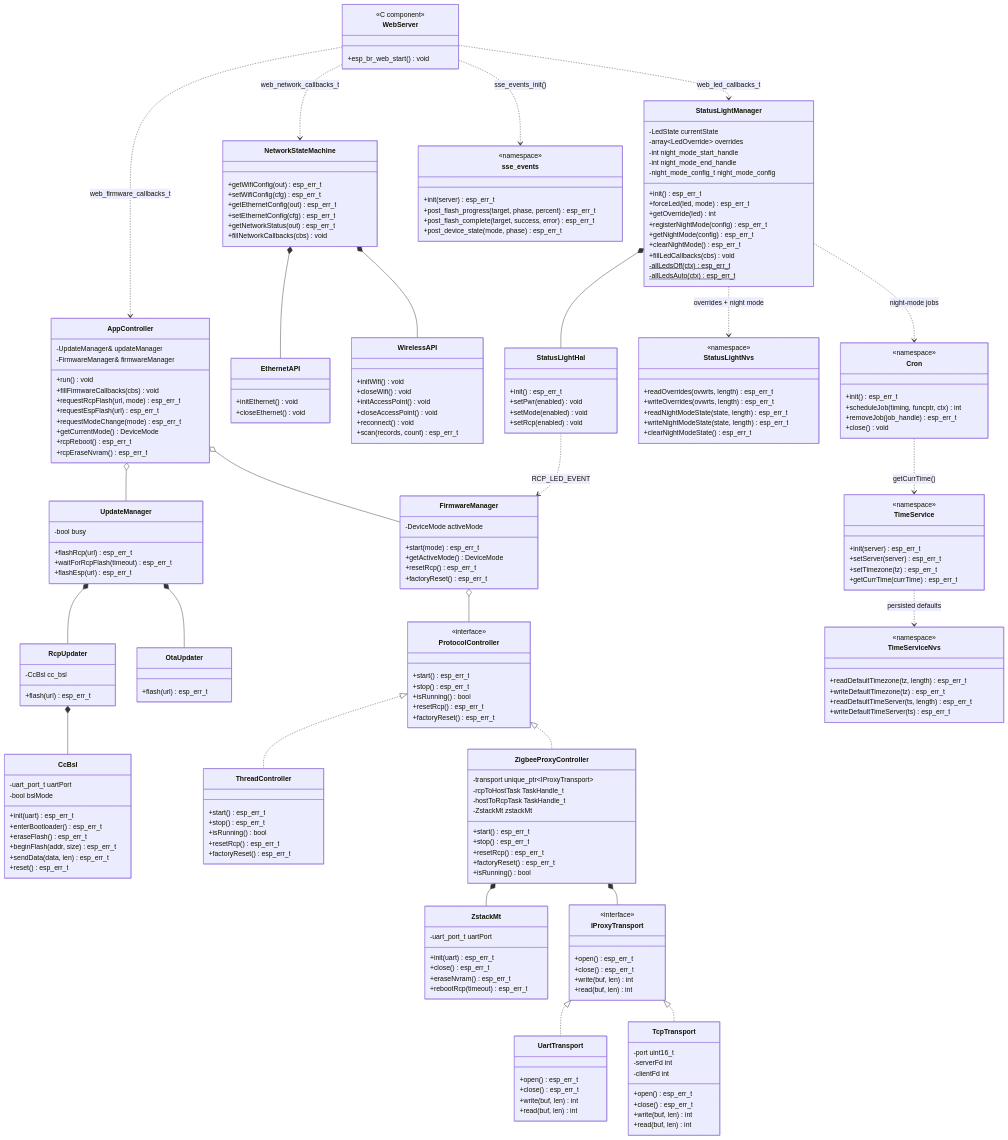
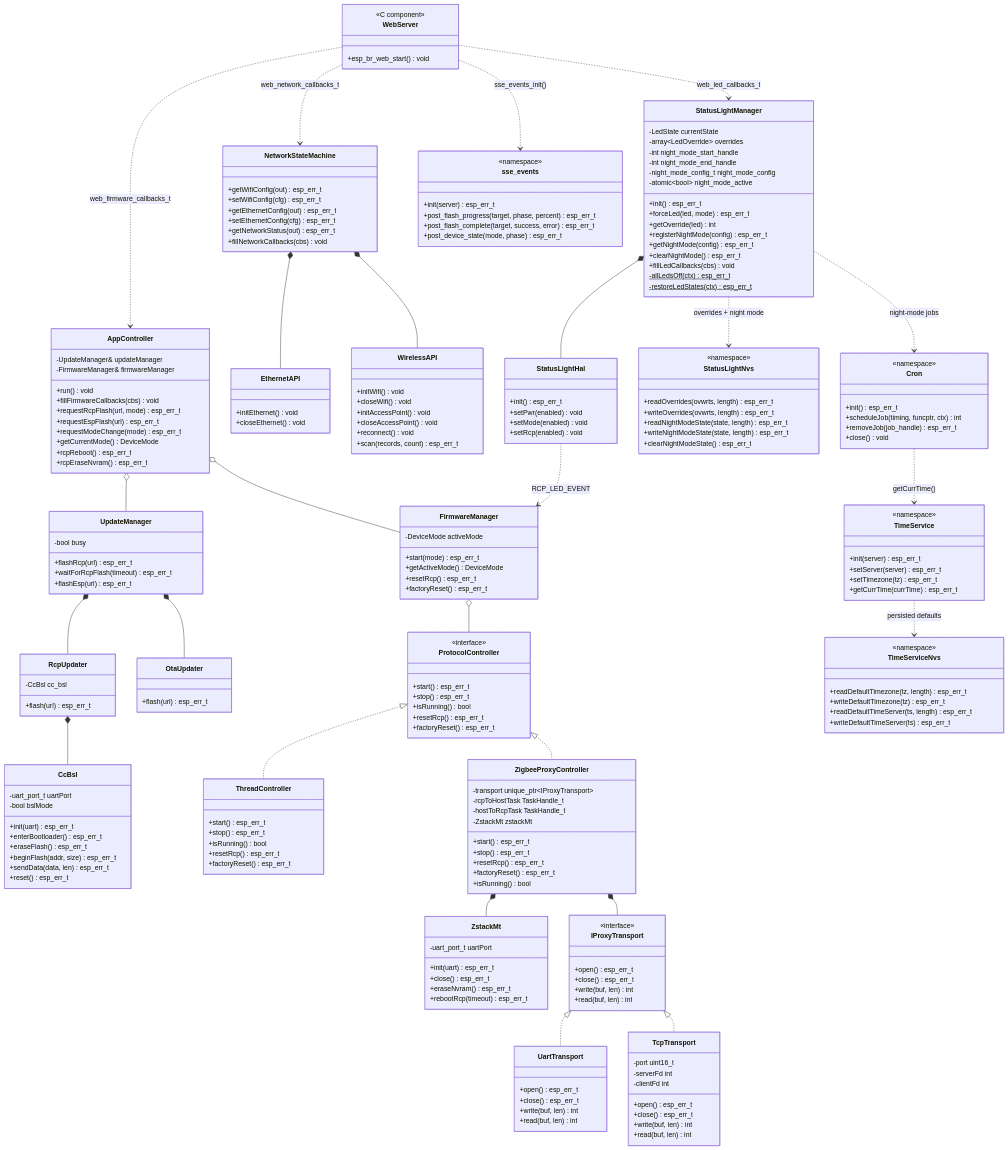
One commit to codm/czc-unified changed the third of 5 diagrams in README.md. Above: the diagram before and after it, drawn with Mermaid. The commit also changed other lines of this file and 1 other file, not shown here.

```diff
--- a/README.md
+++ b/README.md
@@ -726,6 +726,7 @@
         -int night_mode_start_handle
         -int night_mode_end_handle
         -night_mode_config_t night_mode_config
+        -atomic~bool~ night_mode_active
         +init() esp_err_t
         +forceLed(led, mode) esp_err_t
         +getOverride(led) int
@@ -734,7 +735,7 @@
         +clearNightMode() esp_err_t
         +fillLedCallbacks(cbs) void
         -allLedsOff(ctx)$ esp_err_t
-        -allLedsAuto(ctx)$ esp_err_t
+        -restoreLedStates(ctx)$ esp_err_t
     }
     class StatusLightHal {
         +init() esp_err_t
```
